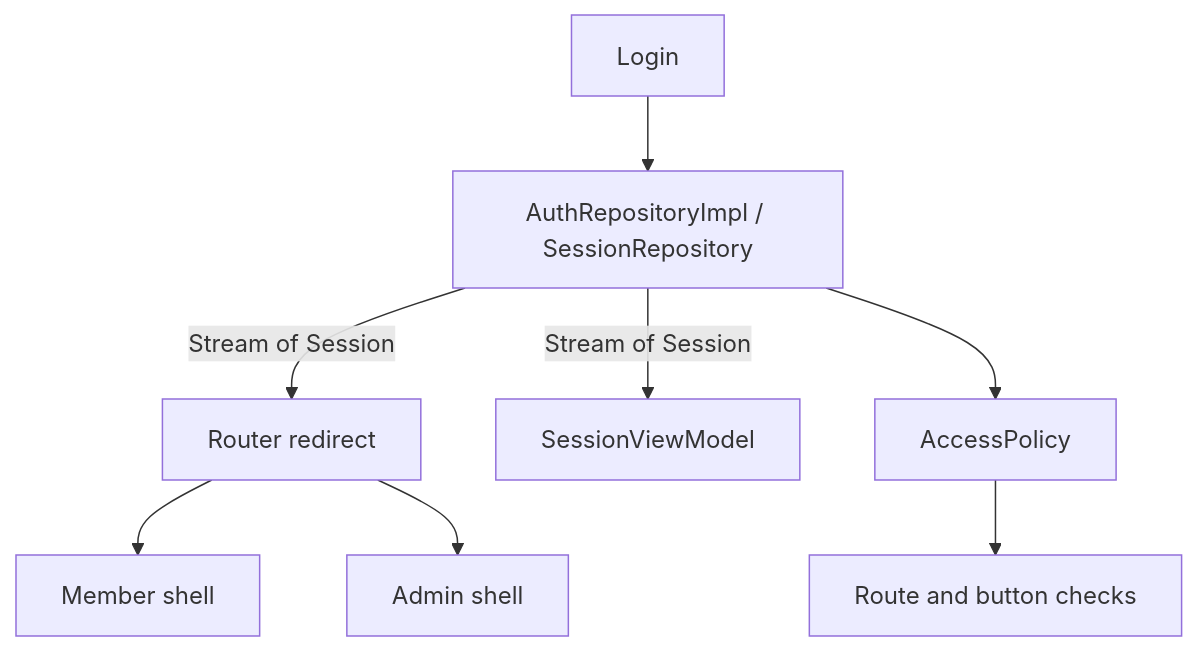
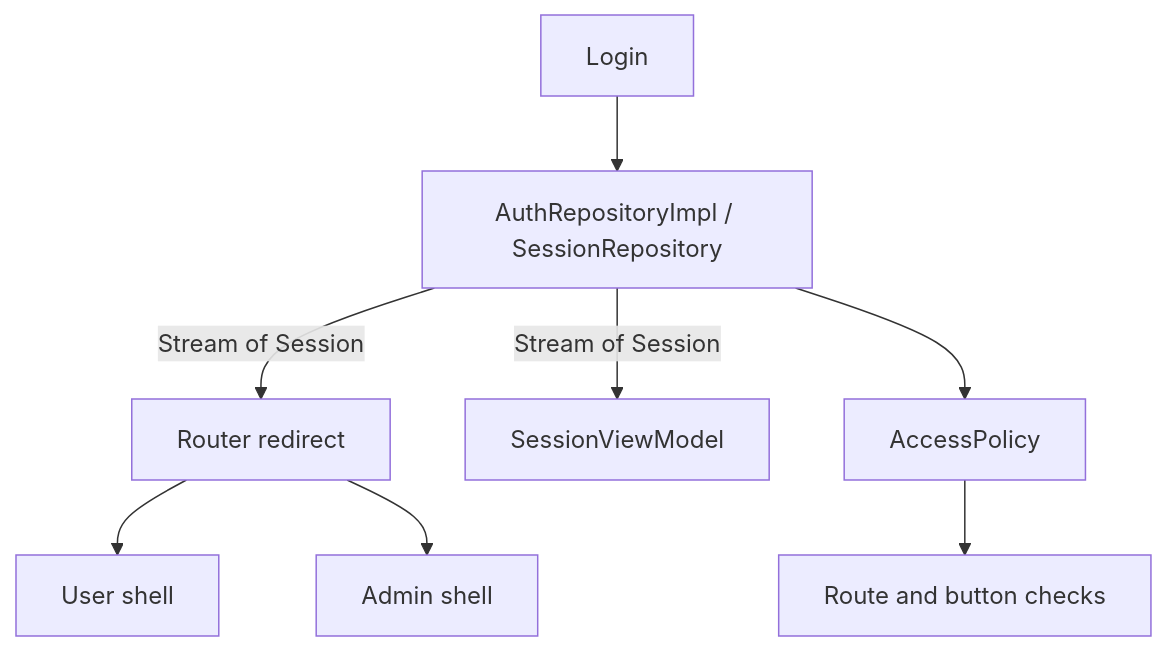
The second of 2 diagrams in docs/enterprise_mvvm_boilerplate_1e062b62.plan.md (mosharof00/Flutter-Bloc-Boilerplate), drawn with Mermaid before and after one commit. The commit also changed other lines of this file and 24 other files, not shown here.

First line of the commit message:
Rename the default role from member to user.

````diff
--- a/docs/enterprise_mvvm_boilerplate_1e062b62.plan.md
+++ b/docs/enterprise_mvvm_boilerplate_1e062b62.plan.md
@@ -126,10 +126,10 @@
 ```mermaid
 flowchart TD
   login[Login] --> repo[AuthRepositoryImpl / SessionRepository]
   repo -->|"Stream of Session"| redirect[Router redirect]
   repo -->|"Stream of Session"| svm[SessionViewModel]
-  redirect --> memberShell[Member shell]
+  redirect --> userShell[User shell]
   redirect --> adminShell[Admin shell]
   repo --> policy[AccessPolicy]
   policy --> routes[Route and button checks]
 ```
````
